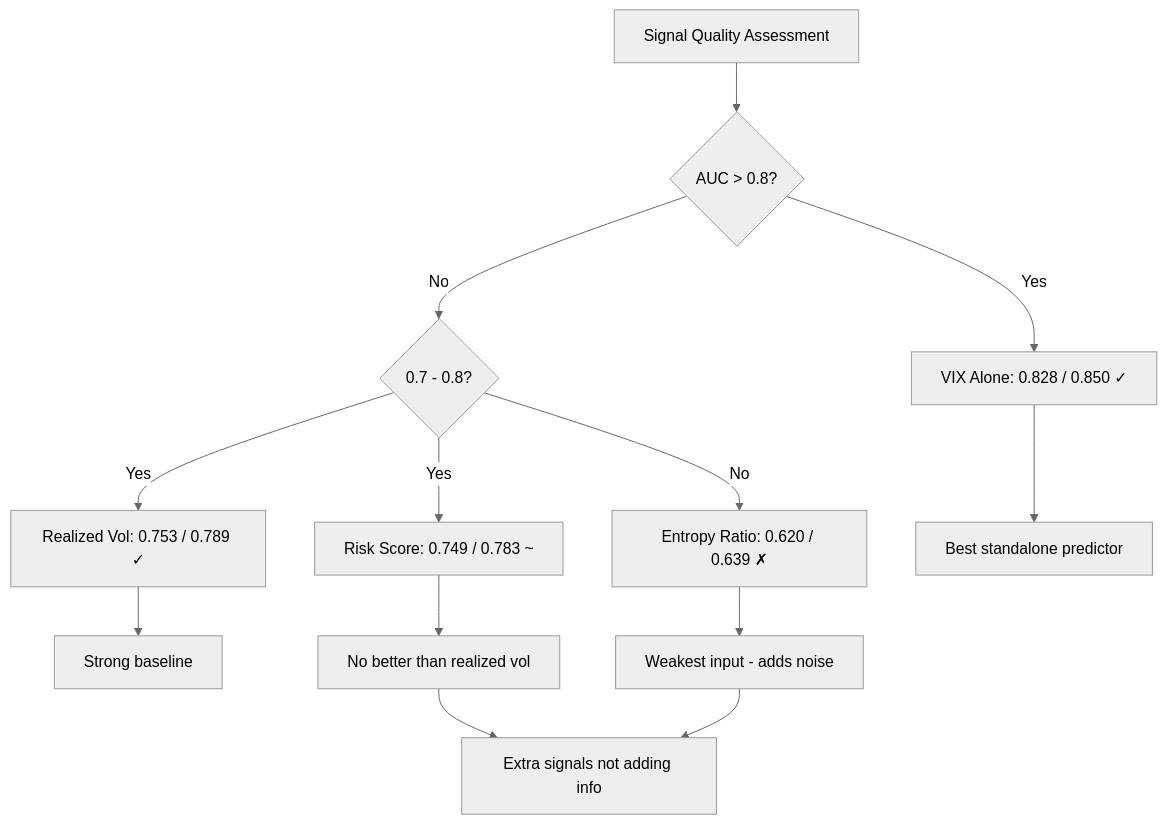
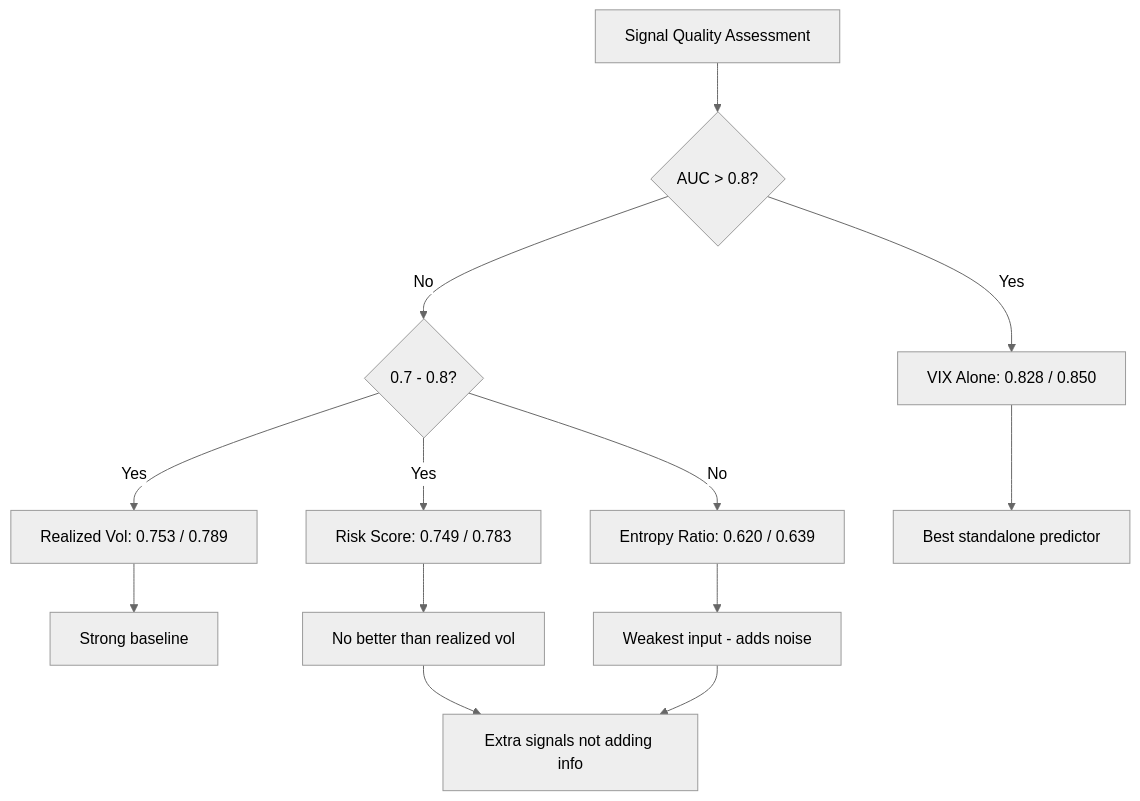
One commit to VarunGore36/regime-classifier changed the ninth of 20 diagrams in VISUALIZATION.md. Above: the diagram before and after it, drawn with Mermaid (neutral theme). The commit also changed other lines of this file, not shown here.

````diff
--- a/VISUALIZATION.md
+++ b/VISUALIZATION.md
@@ -149,15 +149,15 @@
 ```mermaid
 flowchart TD
     A[Signal Quality Assessment] --> B{AUC > 0.8?}
-    B -->|Yes| C[VIX Alone: 0.828 / 0.850 ✓]
+    B -->|Yes| C[VIX Alone: 0.828 / 0.850]
     B -->|No| D{0.7 - 0.8?}
-    D -->|Yes| E[Realized Vol: 0.753 / 0.789 ✓]
-    D -->|Yes| F[Risk Score: 0.749 / 0.783 ~]
-    D -->|No| G[Entropy Ratio: 0.620 / 0.639 ✗]
+    D -->|Yes| E[Realized Vol: 0.753 / 0.789]
+    D -->|Yes| F[Risk Score: 0.749 / 0.783]
+    D -->|No| G[Entropy Ratio: 0.620 / 0.639]
     C --> H[Best standalone predictor]
     E --> I[Strong baseline]
     F --> J[No better than realized vol]
     G --> K[Weakest input - adds noise]
     J --> L[Extra signals not adding info]
     K --> L
 ```
````
